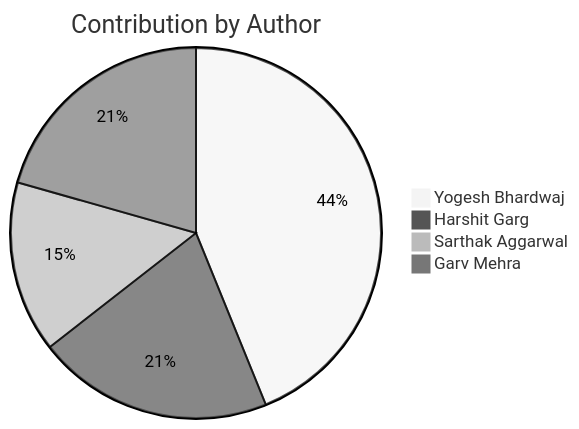
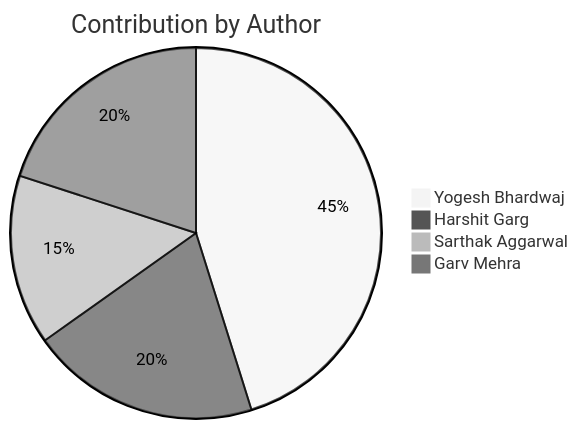
The second of 2 diagrams in README.md (Yogesh-Bhardwaj-hue/Scm-Final_2.0), drawn with Mermaid (neutral theme) before and after one commit. The commit also changed other lines of this file, not shown here.

Commit message:
95HEsMCuuC1T

````diff
--- a/README.md
+++ b/README.md
@@ -190,7 +190,7 @@
 ```mermaid
 pie title Contribution by Author
-    "Yogesh Bhardwaj": 132
+    "Yogesh Bhardwaj": 140
     "Harshit Garg": 62
-    "Sarthak Aggarwal": 45
+    "Sarthak Aggarwal": 46
     "Garv Mehra": 62
 ```
````
